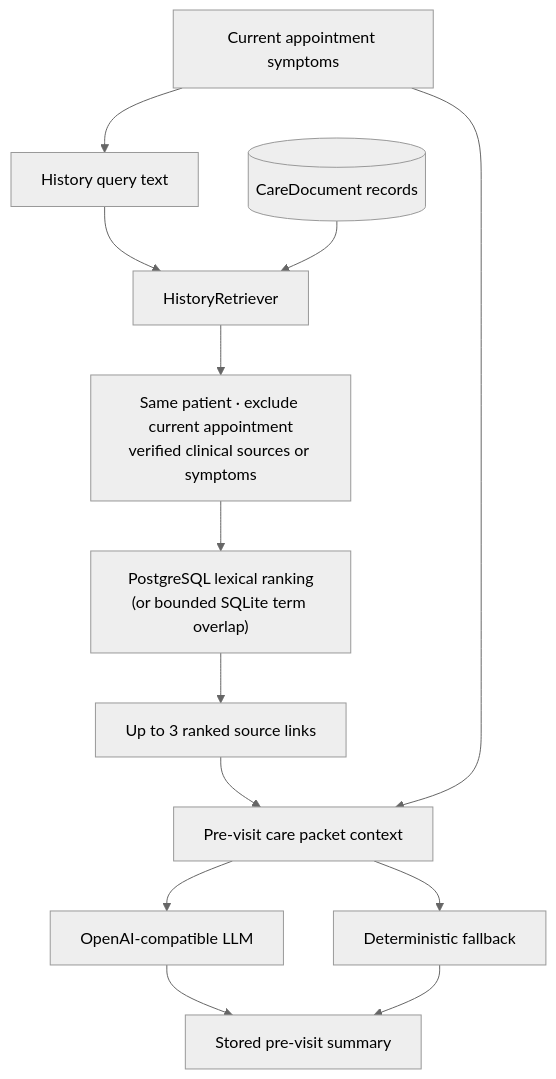
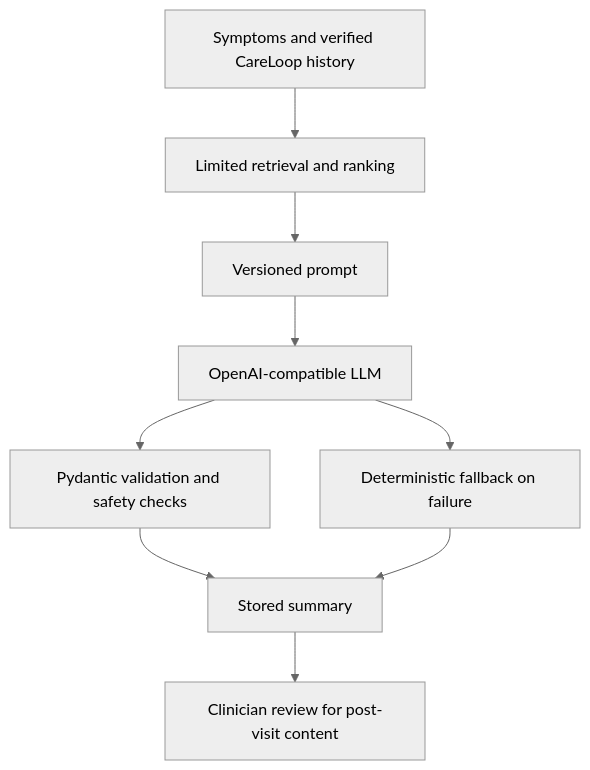
The third of 3 diagrams in README.md (vivekvattem/careloop), drawn with Mermaid (neutral theme) before and after one commit. The commit also changed other lines of this file and 6 other files, not shown here.

````diff
--- a/README.md
+++ b/README.md
@@ -63,15 +82,11 @@
 ```mermaid
 flowchart TB
-    Symptoms["Current appointment symptoms"] --> Query["History query text"]
-    Query --> Retriever["HistoryRetriever"]
-    Docs[("CareDocument records")] --> Retriever
-    Retriever --> Filters["Same patient · exclude current appointment\nverified clinical sources or symptoms"]
-    Filters --> Rank["PostgreSQL lexical ranking\n(or bounded SQLite term overlap)"]
-    Rank --> Sources["Up to 3 ranked source links"]
-    Sources --> Packet["Pre-visit care packet context"]
-    Symptoms --> Packet
-    Packet --> LLM2["OpenAI-compatible LLM"]
-    Packet --> Fallback["Deterministic fallback"]
-    LLM2 --> Summary["Stored pre-visit summary"]
-    Fallback --> Summary
+    Input["Symptoms and verified CareLoop history"] --> Retrieve["Limited retrieval and ranking"]
+    Retrieve --> Prompt["Versioned prompt"]
+    Prompt --> LLM["OpenAI-compatible LLM"]
+    LLM --> Validate["Pydantic validation and safety checks"]
+    Validate --> Store["Stored summary"]
+    LLM --> Fallback["Deterministic fallback on failure"]
+    Fallback --> Store
+    Store --> Review["Clinician review for post-visit content"]
 ```
````
